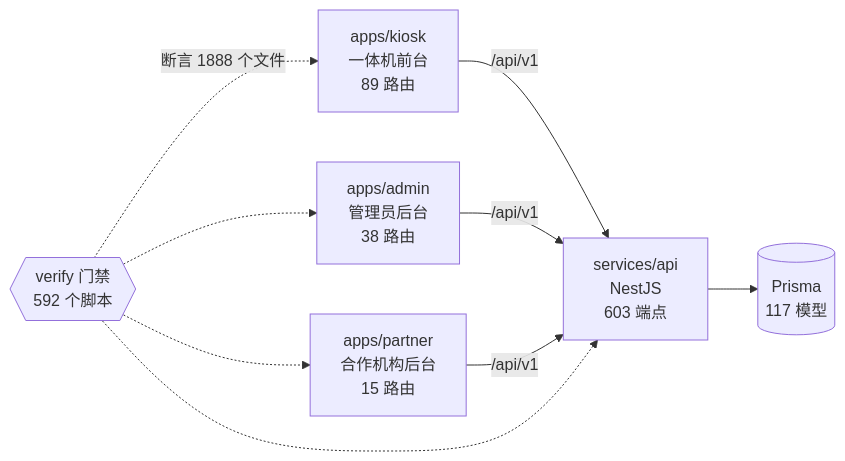
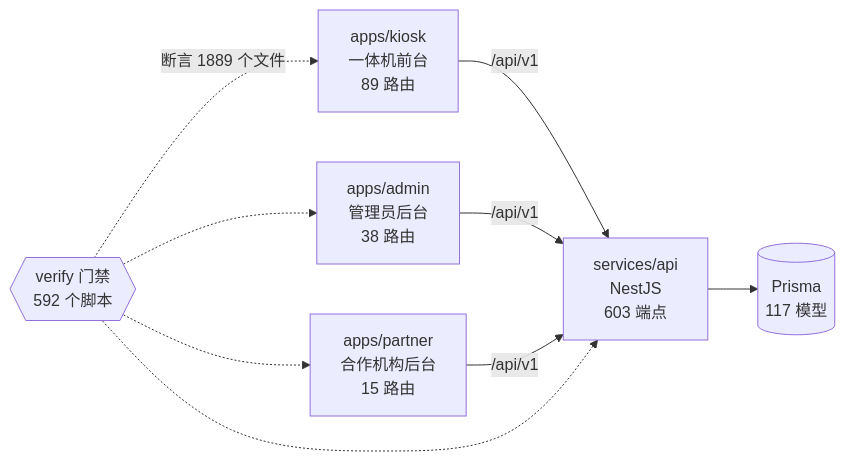
One commit to wanglei581/YITIJI changed the diagram in docs/graph/README.md. Above: the diagram before and after it, drawn with Mermaid. The commit also changed other lines of this file and 12 other files, not shown here.

````diff
--- a/docs/graph/README.md
+++ b/docs/graph/README.md
@@ -68,18 +68,18 @@
 ```mermaid
 flowchart LR
   kiosk["apps/kiosk<br/>一体机前台<br/>89 路由"]
   admin["apps/admin<br/>管理员后台<br/>38 路由"]
   partner["apps/partner<br/>合作机构后台<br/>15 路由"]
   api["services/api<br/>NestJS<br/>603 端点"]
   db[("Prisma<br/>117 模型")]
   gates{{"verify 门禁<br/>592 个脚本"}}
 
   kiosk -->|"/api/v1"| api
   admin -->|"/api/v1"| api
   partner -->|"/api/v1"| api
   api --> db
-  gates -.->|"断言 1888 个文件"| kiosk
+  gates -.->|"断言 1889 个文件"| kiosk
   gates -.-> admin
   gates -.-> partner
   gates -.-> api
 ```
````
